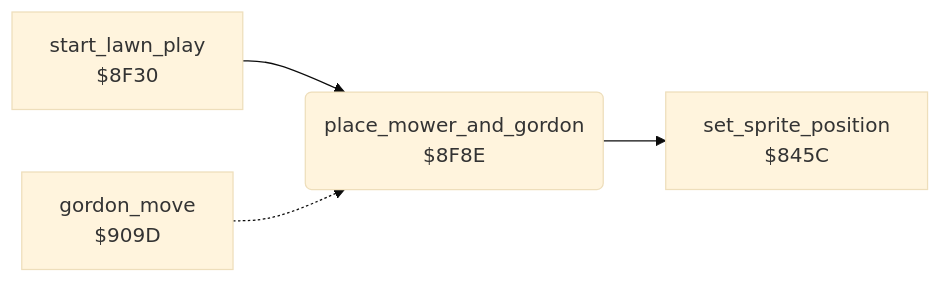
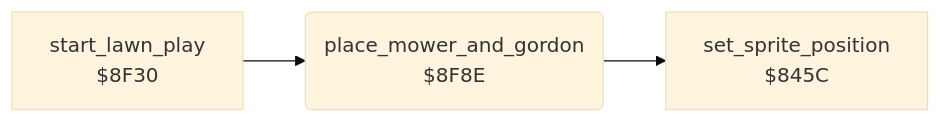
Before and after one commit to henols/c64_games: the diagram in hover_bovver/docs/reference/modules/player/place_mower.md, drawn with Mermaid (base theme). The commit also changed other lines of this file and 1100 other files, not shown here.

````diff
--- a/hover_bovver/docs/reference/modules/player/place_mower.md
+++ b/hover_bovver/docs/reference/modules/player/place_mower.md
@@ -10,10 +25,8 @@
 ```mermaid
 flowchart LR
   n845c["set_sprite_position<br/>$845C"]
   n8f30["start_lawn_play<br/>$8F30"]
   n8f8e("place_mower_and_gordon<br/>$8F8E")
-  n909d["gordon_move<br/>$909D"]
   n8f30 --> n8f8e
   n8f8e --> n845c
-  n909d -.-> n8f8e
 ```
````
